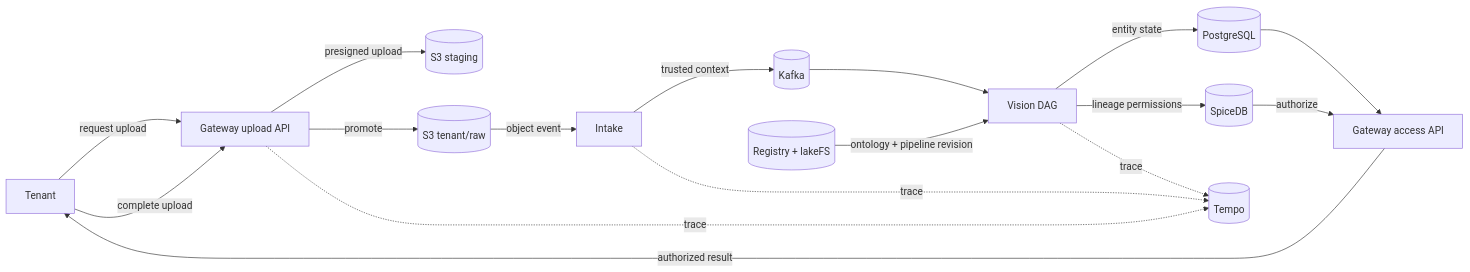
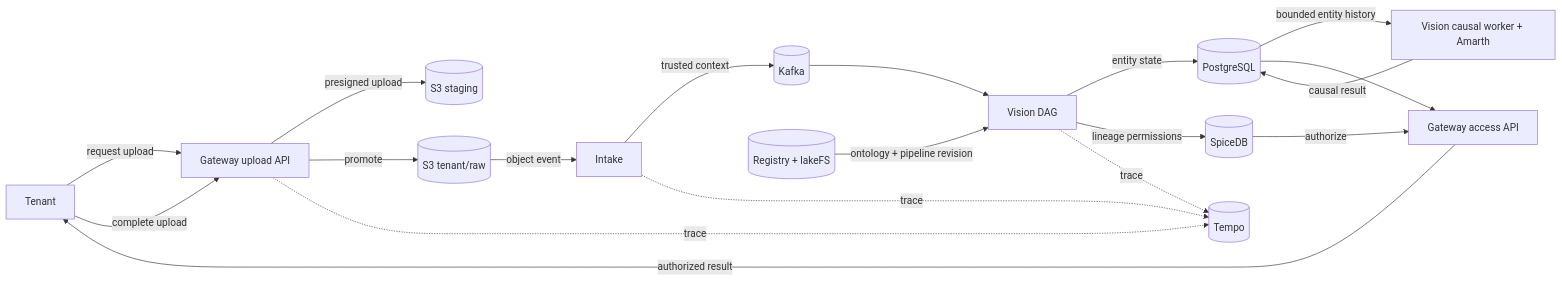
One commit to Aeluin-Technologies/Galadril changed the diagram in tests/README.md. Above: the diagram before and after it, drawn with Mermaid. The commit also changed other lines of this file and 8 other files, not shown here.

````diff
--- a/tests/README.md
+++ b/tests/README.md
@@ -18,20 +28,22 @@
 ```mermaid
 flowchart LR
     Tenant["Tenant"] -->|"request upload"| GatewayUpload["Gateway upload API"]
     GatewayUpload -->|"presigned upload"| Staging[("S3 staging")]
     Tenant -->|"complete upload"| GatewayUpload
     GatewayUpload -->|"promote"| Raw[("S3 tenant/raw")]
     Raw -->|"object event"| Intake["Intake"]
     Intake -->|"trusted context"| Kafka[("Kafka")]
     Registry[("Registry + lakeFS")] -->|"ontology + pipeline revision"| Vision["Vision DAG"]
     Kafka --> Vision
     Vision -->|"entity state"| PostgreSQL[("PostgreSQL")]
+    PostgreSQL -->|"bounded entity history"| Amarth["Vision causal worker + Amarth"]
+    Amarth -->|"causal result"| PostgreSQL
     Vision -->|"lineage permissions"| SpiceDB[("SpiceDB")]
     PostgreSQL --> GatewayAccess["Gateway access API"]
     SpiceDB -->|"authorize"| GatewayAccess
     GatewayAccess -->|"authorized result"| Tenant
 
     GatewayUpload -.->|"trace"| Tempo[("Tempo")]
     Intake -.->|"trace"| Tempo
     Vision -.->|"trace"| Tempo
 ```
````
